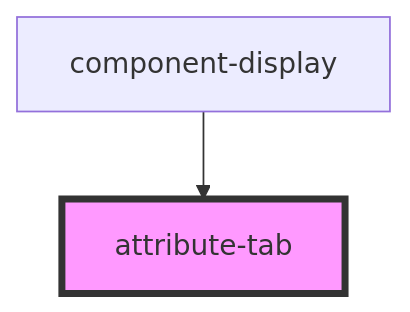
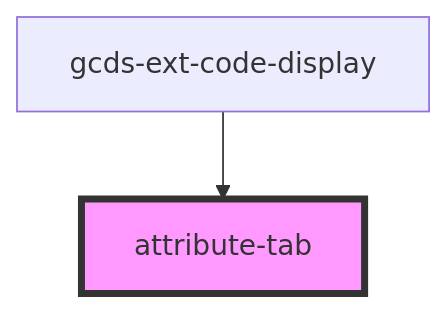
Before and after one commit to gcds-extensions/code-display: the diagram in src/components/attribute-tab/readme.md, drawn with Mermaid. The commit also changed other lines of this file and 13 other files, not shown here.

Commit message:
feat: Change name to gcds-ext-code-display

````diff
--- a/src/components/attribute-tab/readme.md
+++ b/src/components/attribute-tab/readme.md
@@ -31,5 +31,5 @@
 ```mermaid
 graph TD;
-  component-display --> attribute-tab
+  gcds-ext-code-display --> attribute-tab
   style attribute-tab fill:#f9f,stroke:#333,stroke-width:4px
 ```
````
